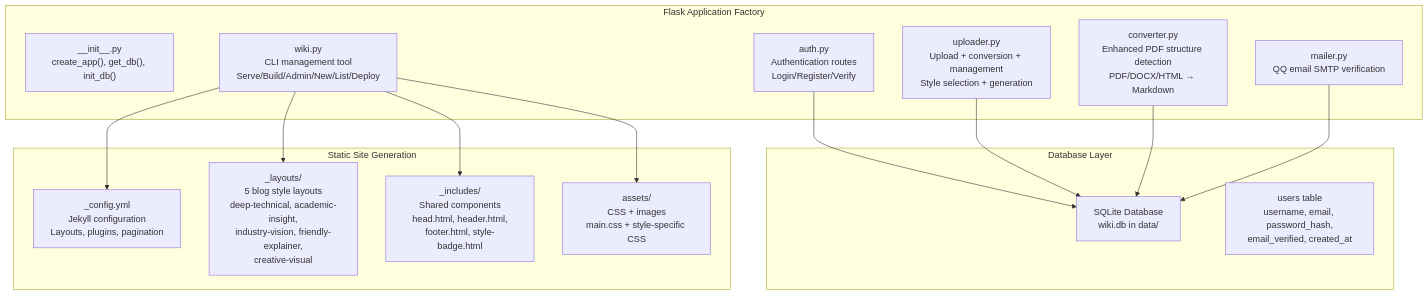
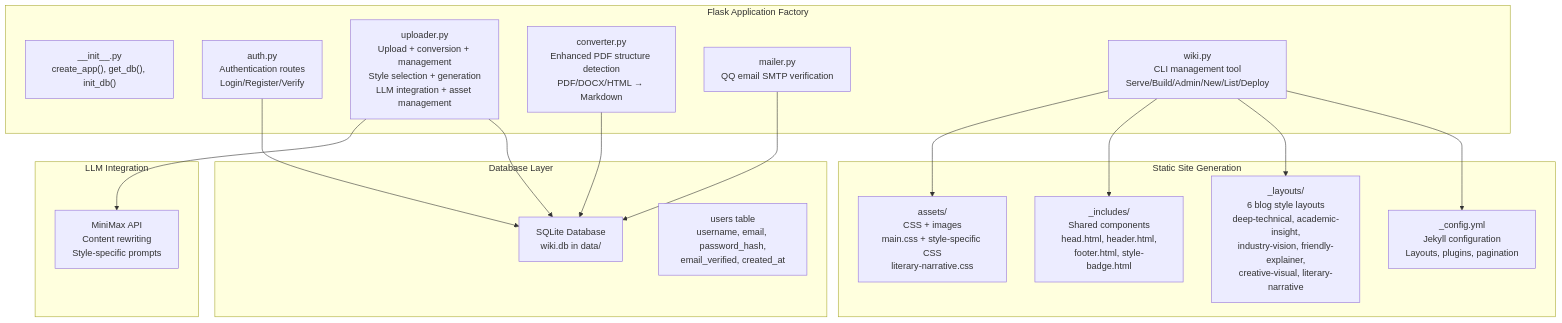
One commit to PolarisW007/PolaZhenJing changed the first of 9 diagrams in .qoder/repowiki/en/content/Backend Application/Backend Application.md. Above: the diagram before and after it, drawn with Mermaid. The commit also changed other lines of this file and 6 other files, not shown here.

````diff
--- a/.qoder/repowiki/en/content/Backend Application/Backend Application.md
+++ b/.qoder/repowiki/en/content/Backend Application/Backend Application.md
@@ -45,29 +49,33 @@
 ```mermaid
 graph TB
 subgraph "Flask Application Factory"
 APP["__init__.py<br/>create_app(), get_db(), init_db()"]
 AUTH["auth.py<br/>Authentication routes<br/>Login/Register/Verify"]
-UP["uploader.py<br/>Upload + conversion + management<br/>Style selection + generation"]
+UP["uploader.py<br/>Upload + conversion + management<br/>Style selection + generation<br/>LLM integration + asset management"]
 CONV["converter.py<br/>Enhanced PDF structure detection<br/>PDF/DOCX/HTML → Markdown"]
 MAIL["mailer.py<br/>QQ email SMTP verification"]
 CLI["wiki.py<br/>CLI management tool<br/>Serve/Build/Admin/New/List/Deploy"]
 end
 subgraph "Database Layer"
 SQLITE["SQLite Database<br/>wiki.db in data/"]
 USERS["users table<br/>username, email, password_hash,<br/>email_verified, created_at"]
 end
 subgraph "Static Site Generation"
 JEKYLL["_config.yml<br/>Jekyll configuration<br/>Layouts, plugins, pagination"]
-LAYOUTS["_layouts/<br/>5 blog style layouts<br/>deep-technical, academic-insight,<br/>industry-vision, friendly-explainer,<br/>creative-visual"]
+LAYOUTS["_layouts/<br/>6 blog style layouts<br/>deep-technical, academic-insight,<br/>industry-vision, friendly-explainer,<br/>creative-visual, literary-narrative"]
 INCLUDES["_includes/<br/>Shared components<br/>head.html, header.html,<br/>footer.html, style-badge.html"]
-ASSETS["assets/<br/>CSS + images<br/>main.css + style-specific CSS"]
+ASSETS["assets/<br/>CSS + images<br/>main.css + style-specific CSS<br/>literary-narrative.css"]
+end
+subgraph "LLM Integration"
+MINIMAX["MiniMax API<br/>Content rewriting<br/>Style-specific prompts"]
 end
 AUTH --> SQLITE
 UP --> SQLITE
 CONV --> SQLITE
 MAIL --> SQLITE
 CLI --> JEKYLL
 CLI --> LAYOUTS
 CLI --> INCLUDES
 CLI --> ASSETS
+UP --> MINIMAX
 ```
````
